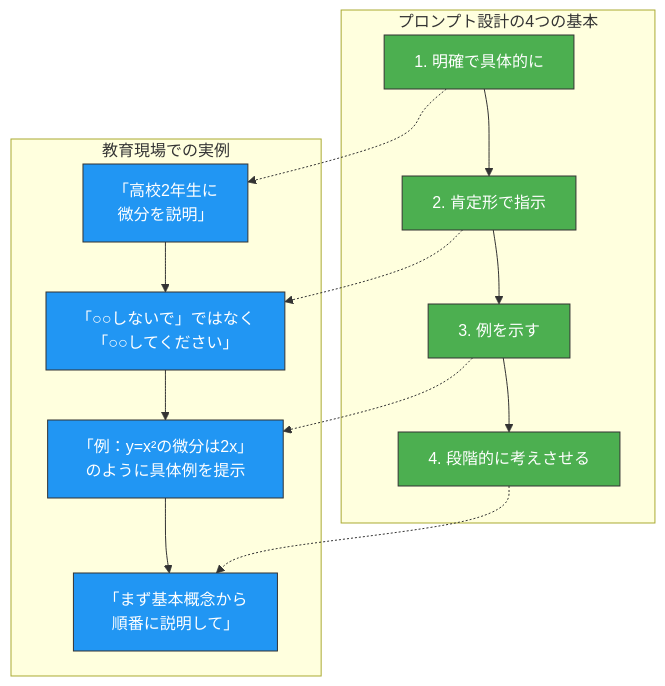
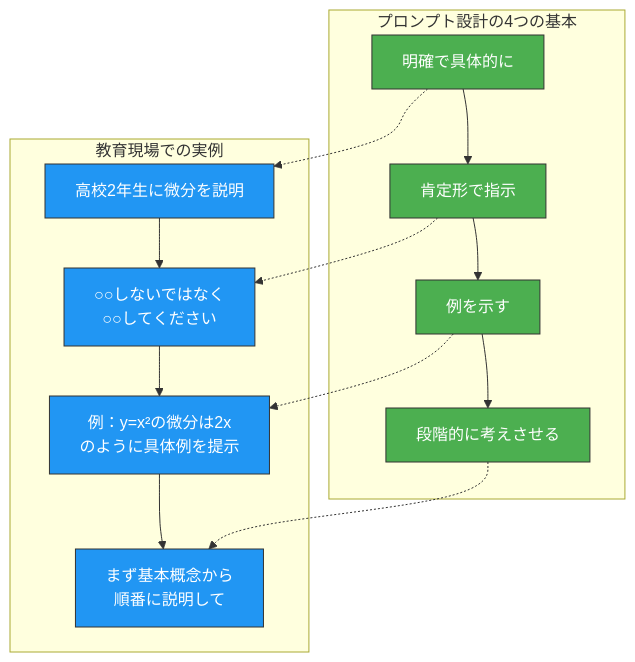
One commit to nahisaho/zenn-writing-collection changed the second of 4 diagrams in books/cf6812d959962b/chapter04.md. Above: the diagram before and after it, drawn with Mermaid. The commit also changed other lines of this file and 13 other files, not shown here.

````diff
--- a/books/cf6812d959962b/chapter04.md
+++ b/books/cf6812d959962b/chapter04.md
@@ -90,25 +90,25 @@
 ```mermaid
 graph TB
     subgraph BasicPrinciples["プロンプト設計の4つの基本"]
-        A[1. 明確で具体的に] --> B[2. 肯定形で指示]
-        B --> C[3. 例を示す]
-        C --> D[4. 段階的に考えさせる]
+        A["明確で具体的に"] --> B["肯定形で指示"]
+        B --> C["例を示す"]
+        C --> D["段階的に考えさせる"]
     end
     
     subgraph EducationExamples["教育現場での実例"]
-        E[「高校2年生に<br/>微分を説明」] --> F[「○○しないで」ではなく<br/>「○○してください」]
-        F --> G[「例：y=x²の微分は2x」<br/>のように具体例を提示]
-        G --> H[「まず基本概念から<br/>順番に説明して」]
+        E["高校2年生に微分を説明"] --> F["○○しないではなく<br/>○○してください"]
+        F --> G["例：y=x²の微分は2x<br/>のように具体例を提示"]
+        G --> H["まず基本概念から<br/>順番に説明して"]
     end
     
     A -.-> E
     B -.-> F
     C -.-> G
     D -.-> H
     
     classDef basicPrinciple fill:#4caf50,stroke:#333,color:#fff
     classDef practicalExample fill:#2196f3,stroke:#333,color:#fff
     
     class A,B,C,D basicPrinciple
     class E,F,G,H practicalExample
 ```
````
